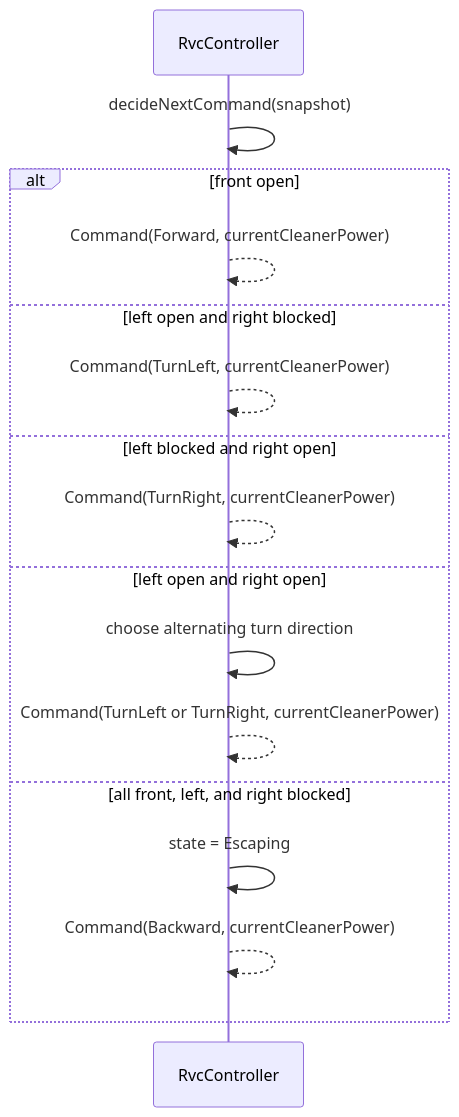
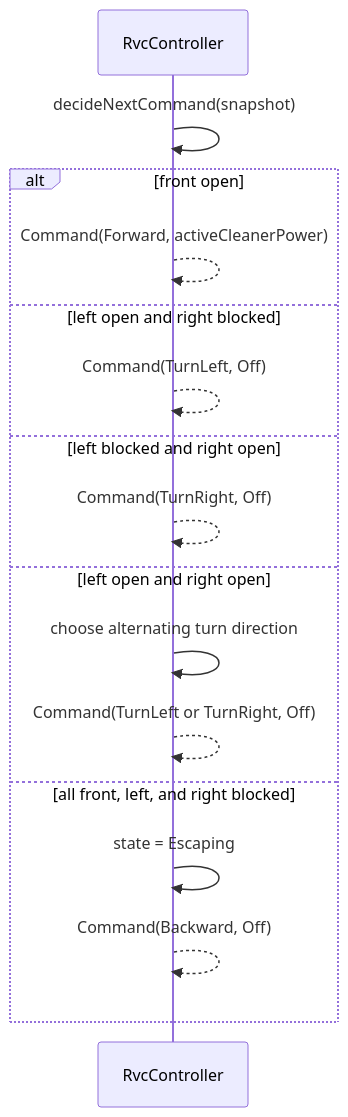
Before and after one commit to reload02/ooad-vibe: the fourth of 6 diagrams in docs/ood_sequence_diagrams.md, drawn with Mermaid. The commit also changed other lines of this file and 6 other files, not shown here.

Commit message:
Refine documentation to clarify RVC's cleaning capabilities and update scenarios for cleaner power management during operations

````diff
--- a/docs/ood_sequence_diagrams.md
+++ b/docs/ood_sequence_diagrams.md
@@ -62,19 +62,19 @@
 ```mermaid
 sequenceDiagram
     participant Controller as RvcController
 
     Controller->>Controller: decideNextCommand(snapshot)
     alt front open
-        Controller-->>Controller: Command(Forward, currentCleanerPower)
+        Controller-->>Controller: Command(Forward, activeCleanerPower)
     else left open and right blocked
-        Controller-->>Controller: Command(TurnLeft, currentCleanerPower)
+        Controller-->>Controller: Command(TurnLeft, Off)
     else left blocked and right open
-        Controller-->>Controller: Command(TurnRight, currentCleanerPower)
+        Controller-->>Controller: Command(TurnRight, Off)
     else left open and right open
         Controller->>Controller: choose alternating turn direction
-        Controller-->>Controller: Command(TurnLeft or TurnRight, currentCleanerPower)
+        Controller-->>Controller: Command(TurnLeft or TurnRight, Off)
     else all front, left, and right blocked
         Controller->>Controller: state = Escaping
-        Controller-->>Controller: Command(Backward, currentCleanerPower)
+        Controller-->>Controller: Command(Backward, Off)
     end
 ```
````
